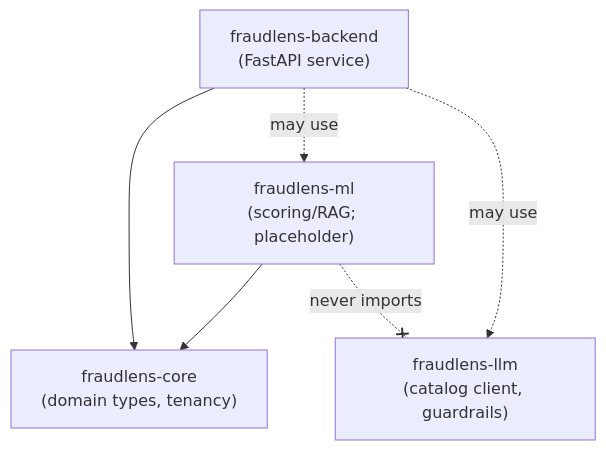
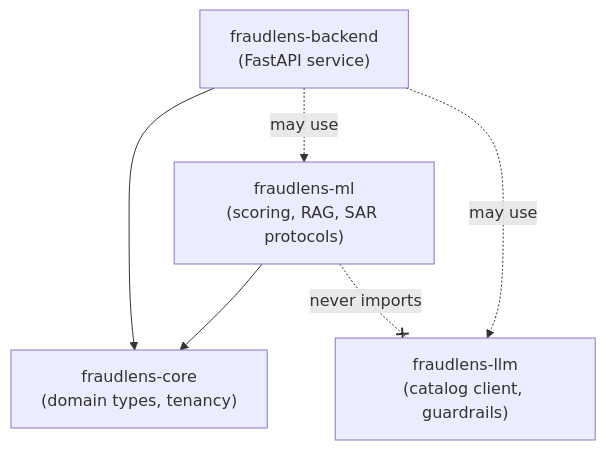
One commit to Kartik-Hirijaganer/FraudLens changed the seventh of 8 diagrams in docs/architecture/ARCHITECTURE.md. Above: the diagram before and after it, drawn with Mermaid. The commit also changed other lines of this file and 6 other files, not shown here.

````diff
--- a/docs/architecture/ARCHITECTURE.md
+++ b/docs/architecture/ARCHITECTURE.md
@@ -187,12 +188,12 @@
 ```mermaid
 graph TD
     core["fraudlens-core<br/>(domain types, tenancy)"]
     llm["fraudlens-llm<br/>(catalog client, guardrails)"]
-    ml["fraudlens-ml<br/>(scoring/RAG; placeholder)"]
+    ml["fraudlens-ml<br/>(scoring, RAG, SAR protocols)"]
     backend["fraudlens-backend<br/>(FastAPI service)"]
     ml --> core
     backend --> core
     backend -.may use.-> llm
     backend -.may use.-> ml
     ml -. never imports .-x llm
 ```
````
